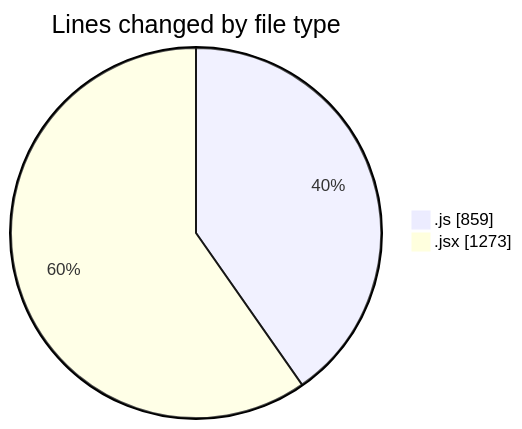
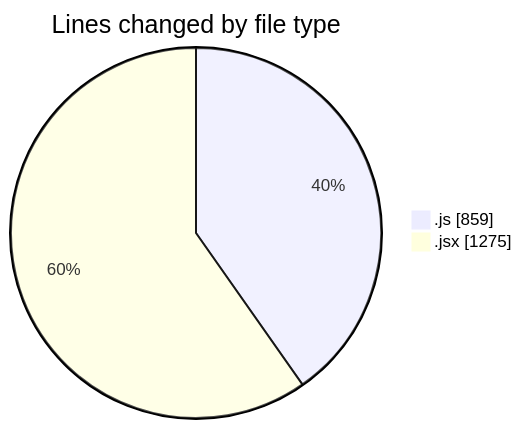
The first of 2 diagrams in 2025-12-26/nxtqube_webapp/README.md (nxtqubesakshisongat/code-tracking), drawn with Mermaid before and after one commit. The commit also changed other lines of this file and 1 other file, not shown here.

````diff
--- a/2025-12-26/nxtqube_webapp/README.md
+++ b/2025-12-26/nxtqube_webapp/README.md
@@ -24,6 +24,6 @@
 ```mermaid
 pie showData
 title Lines changed by file type
 ".js" : 859
-".jsx" : 1273
+".jsx" : 1275
 ```
````
